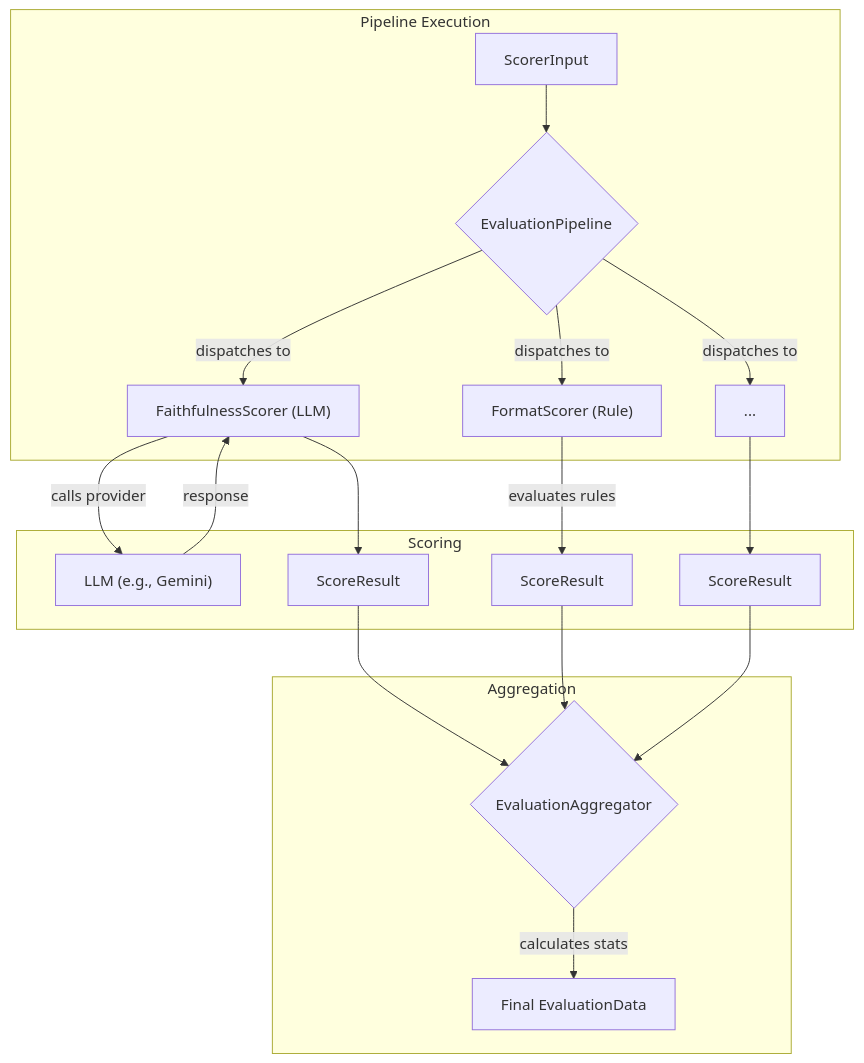
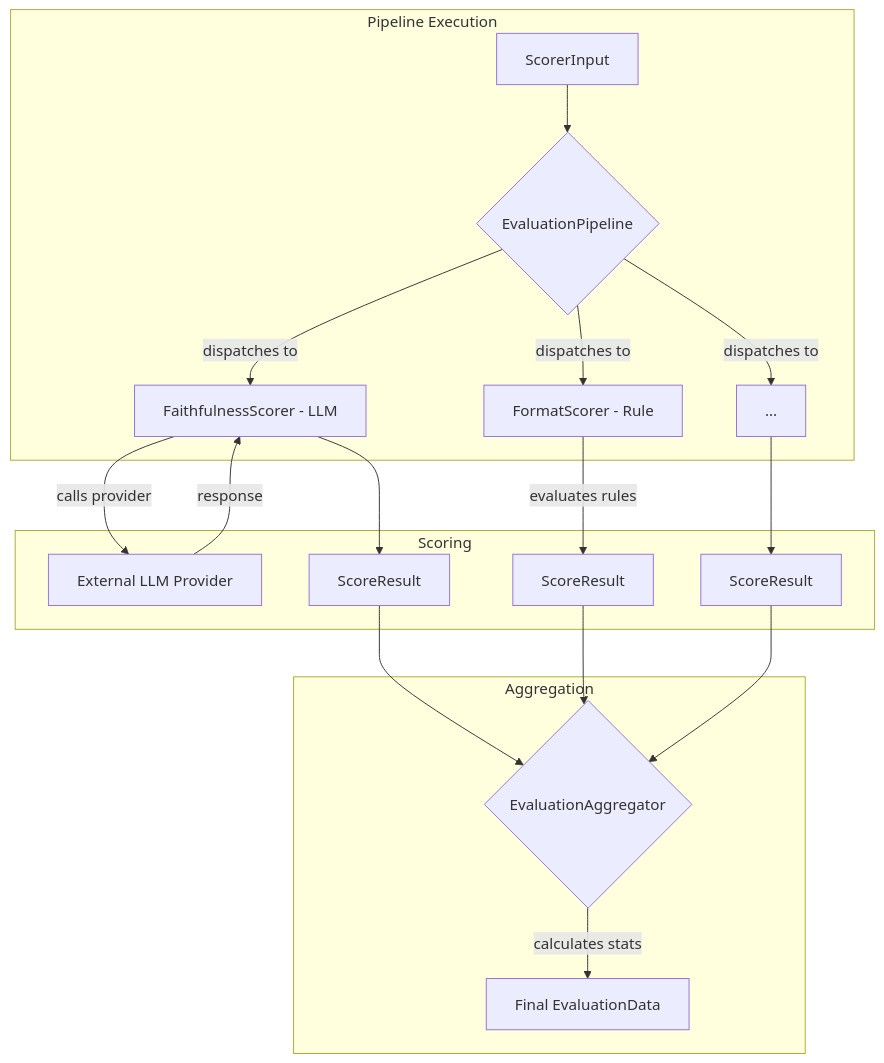
Before and after one commit to juspay/neurolink-blog: the diagram in _posts/2026-06-23-grading-the-model-the-scorer-hierarchy-and-evaluation-pipeline.md, drawn with Mermaid. The commit also changed other lines of this file and 172 other files, not shown here.

````diff
--- a/_posts/2026-06-23-grading-the-model-the-scorer-hierarchy-and-evaluation-pipeline.md
+++ b/_posts/2026-06-23-grading-the-model-the-scorer-hierarchy-and-evaluation-pipeline.md
@@ -151,24 +156,24 @@
 ```mermaid
 graph TD
     subgraph Pipeline Execution
         A[ScorerInput] --> B{EvaluationPipeline};
-        B -- dispatches to --> C1["FaithfulnessScorer (LLM)"];
-        B -- dispatches to --> C2["FormatScorer (Rule)"];
+        B -- dispatches to --> C1["FaithfulnessScorer - LLM"];
+        B -- dispatches to --> C2["FormatScorer - Rule"];
         B -- dispatches to --> C3["..."];
     end
 
     subgraph Scoring
-        C1 -- calls provider --> D["LLM (e.g., Gemini)"];
+        C1 -- calls provider --> D["External LLM Provider"];
         D -- response --> C1;
         C1 --> E1[ScoreResult];
         C2 -- evaluates rules --> E2[ScoreResult];
         C3 --> E3[ScoreResult];
     end
 
     subgraph Aggregation
         E1 --> F{EvaluationAggregator};
         E2 --> F;
         E3 --> F;
         F -- calculates stats --> G[Final EvaluationData];
     end
 ```
````
